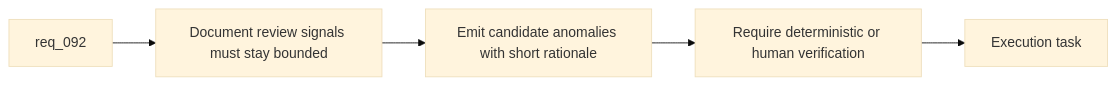
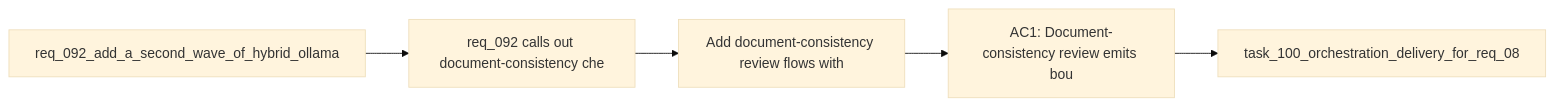
Before and after one commit to AlexAgo83/logics-manager: the diagram in logics/backlog/item_149_add_document_consistency_review_flows_with_verified_non_mutative_follow_up.md, drawn with Mermaid (base theme). The commit also changed 481 other files, not shown here.

````diff
--- a/logics/backlog/item_149_add_document_consistency_review_flows_with_verified_non_mutative_follow_up.md
+++ b/logics/backlog/item_149_add_document_consistency_review_flows_with_verified_non_mutative_follow_up.md
@@ -28,9 +28,9 @@
 ```mermaid
 %% logics-kind: backlog
 %% logics-signature: backlog|add-document-consistency-review-flows-wi|req-092-add-a-second-wave-of-hybrid-olla|req-092-calls-out-document-consistency-c|ac1-document-consistency-review-emits-bo
 flowchart LR
-    Request[req_092] --> Problem[Document review signals must stay bounded]
-    Problem --> Findings[Emit candidate anomalies with short rationale]
-    Findings --> Verify[Require deterministic or human verification]
-    Verify --> Done[Execution task]
+    Request[req_092_add_a_second_wave_of_hybrid_ollama] --> Problem[req_092 calls out document-consistency che]
+    Problem --> Scope[Add document-consistency review flows with]
+    Scope --> Acceptance[AC1: Document-consistency review emits bou]
+    Acceptance --> Tasks[task_100_orchestration_delivery_for_req_08]
 ```
````
